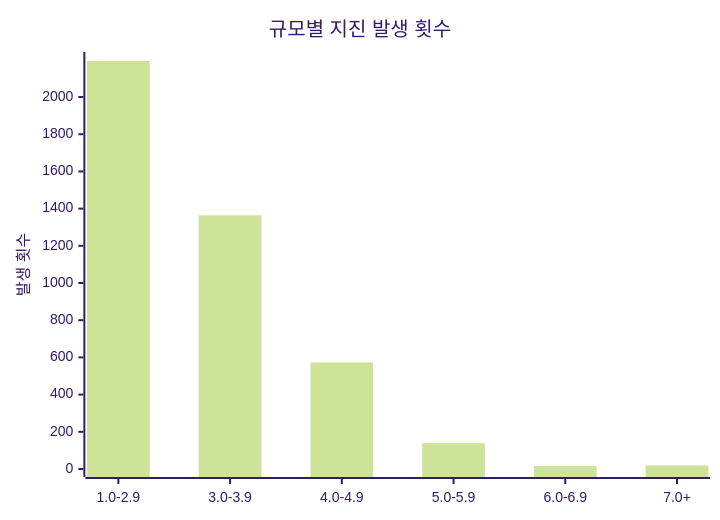
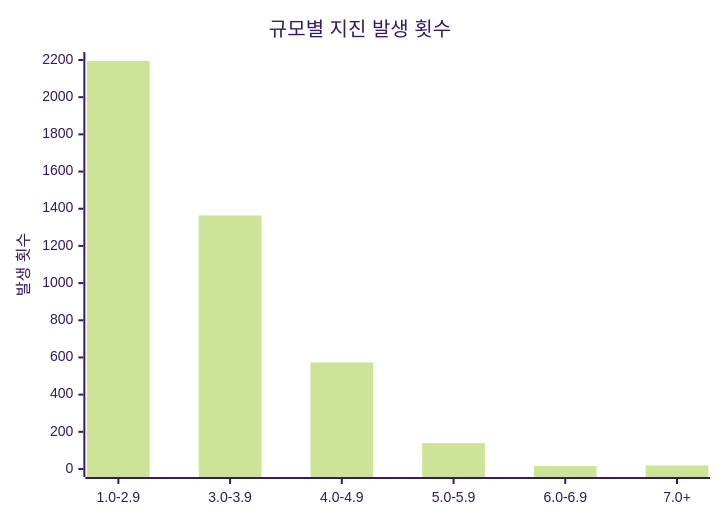
The diagram in charts/magnitude-chart.md (serendip811/japan-eq), drawn with Mermaid (forest theme) before and after one commit. The commit also changed other lines of this file and 5 other files, not shown here.

Commit message:
Update earthquake data and charts Mon Jun  8 20:53:33 UTC 2026

````diff
--- a/charts/magnitude-chart.md
+++ b/charts/magnitude-chart.md
@@ -3,7 +3,7 @@
 ```mermaid
 xychart-beta
     title "규모별 지진 발생 횟수"
     x-axis [1.0-2.9, 3.0-3.9, 4.0-4.9, 5.0-5.9, 6.0-6.9, 7.0+]
-    y-axis "발생 횟수" 0 --> 2199
-    bar [2194, 1364, 573, 139, 16, 19]
+    y-axis "발생 횟수" 0 --> 2200
+    bar [2195, 1364, 573, 139, 16, 19]
 ```
````
